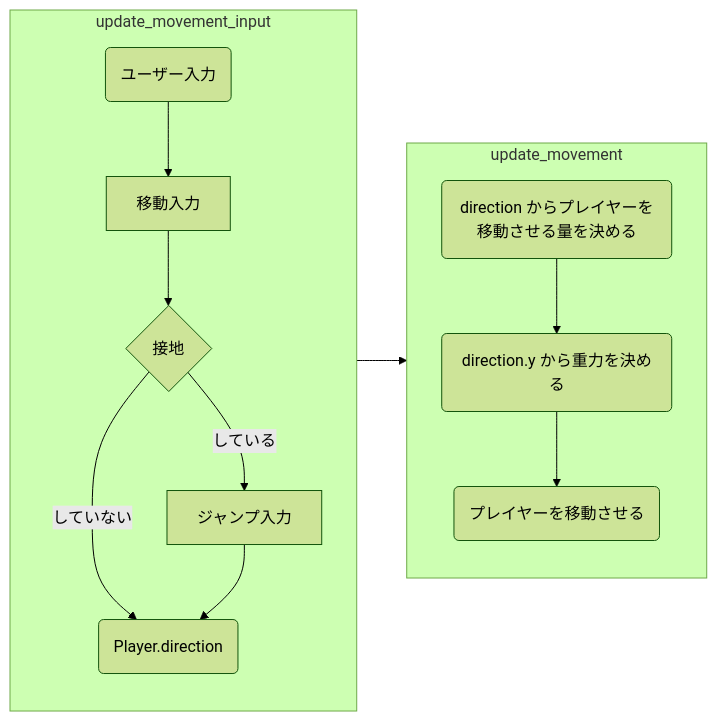
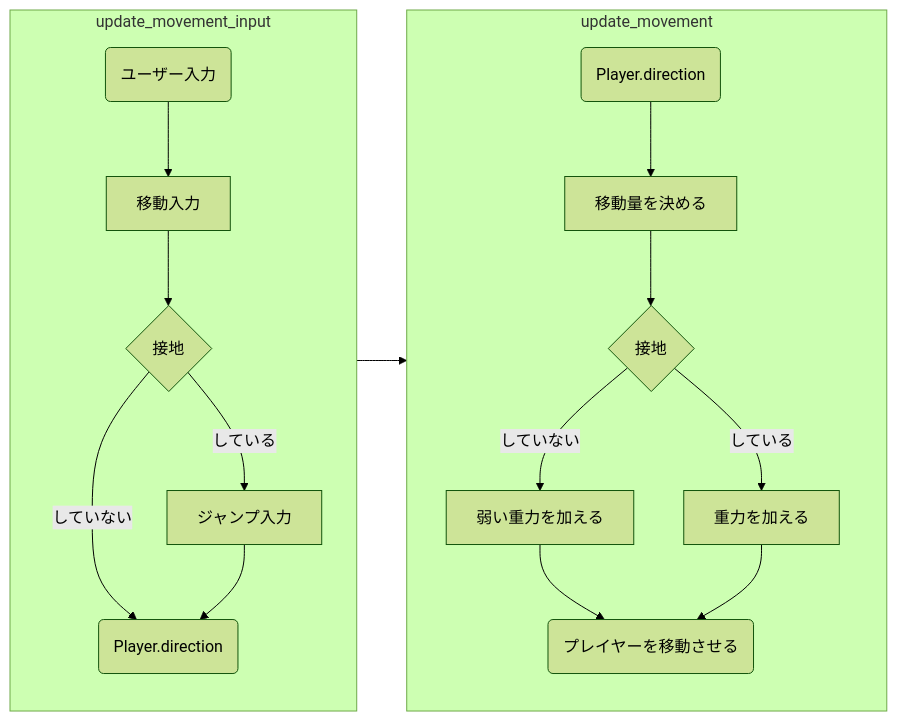
One commit to monax-owo/bevy_fps changed the diagram in src/game/player/movement.md. Above: the diagram before and after it, drawn with Mermaid (forest theme).

````diff
--- a/src/game/player/movement.md
+++ b/src/game/player/movement.md
@@ -1,24 +1,30 @@
 ```mermaid
 %% 書き方が合ってるかわからない
 %% そもそもフローチャートが何なのか知らない
 
 graph LR
 subgraph S1["update_movement_input"]
   direction TB
   A1(ユーザー入力) --> A2
   A2[移動入力]--> A3
+
   A3{接地}
   A3 -->|していない| A5
   A3 -->|している| A4[ジャンプ入力]--> A5
+
   A5(Player.direction)
 end
 
 subgraph S2["update_movement"]
   direction TB
-  n2-1(direction からプレイヤーを移動させる量を決める)
-  n2-2(direction.y から重力を決める)
-  n2-3(プレイヤーを移動させる)
-  n2-1 --> n2-2 --> n2-3
+  B1(Player.direction) --> B2
+  B2[移動量を決める] --> B3
+
+  B3{接地}
+  B3 -->|していない| B4[弱い重力を加える] --> B6
+  B3 -->|している| B5[重力を加える] --> B6
+
+  B6(プレイヤーを移動させる)
 end
 S1 --> S2
 ```
````
